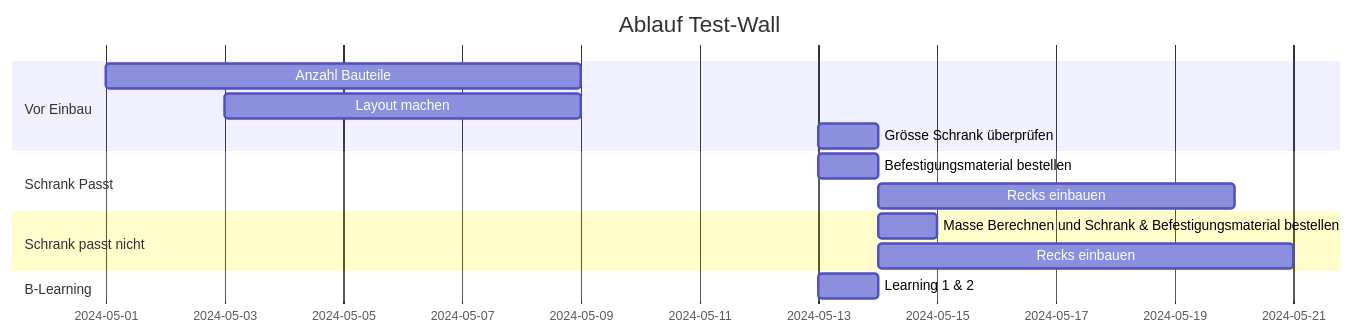
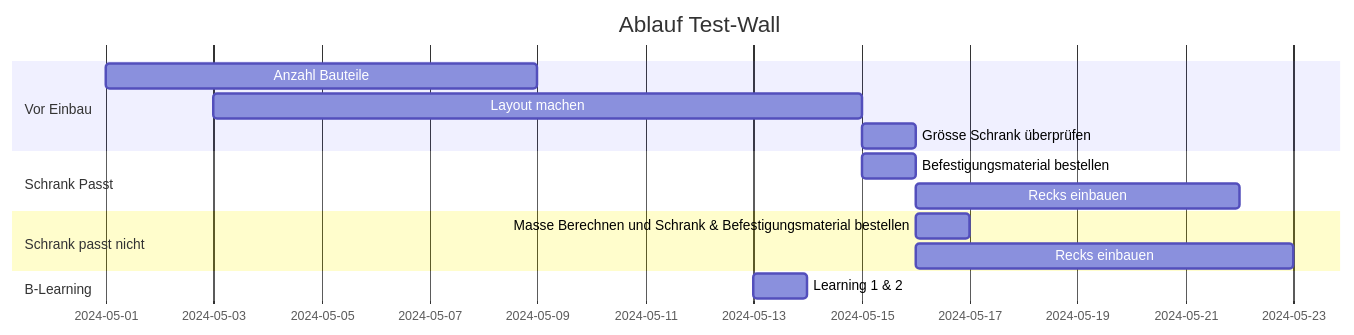
The diagram in Ablauf_Test-Wall.mmd (BenZiep/BenZiep), drawn with Mermaid before and after one commit.

```diff
--- a/Ablauf_Test-Wall.mmd
+++ b/Ablauf_Test-Wall.mmd
@@ -1,15 +1,15 @@
 gantt
     title Ablauf Test-Wall
     dateFormat  YYYY-MM-DD
     section Vor Einbau
     Anzahl Bauteile           :a1, 2024-05-01, 8d
-    Layout machen     :a2, 2024-05-03  , 6d
-    Grösse Schrank überprüfen :a3, 2024-05-13, 1d
+    Layout machen     :a2, 2024-05-03  , 12d
+    Grösse Schrank überprüfen :a3, 2024-05-15, 1d
     section Schrank Passt
-    Befestigungsmaterial bestellen      :b1, 2024-05-13 , 1d
+    Befestigungsmaterial bestellen      :b1, 2024-05-15 , 1d
     Recks einbauen      :after b1, 6d
     section Schrank passt nicht
     Masse Berechnen und Schrank & Befestigungsmaterial bestellen :after a3, 1d
     Recks einbauen :c1, after b1, 7d
     section B-Learning
     Learning 1 & 2 :d1, 2024-05-13, 1d
```
